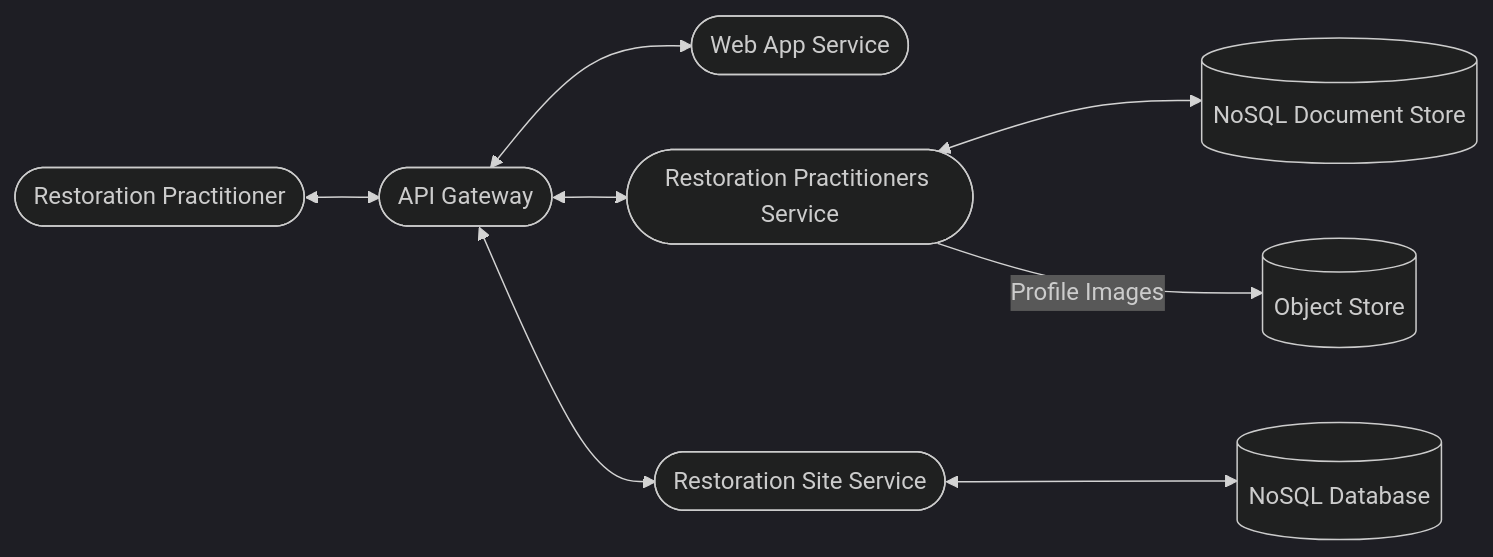
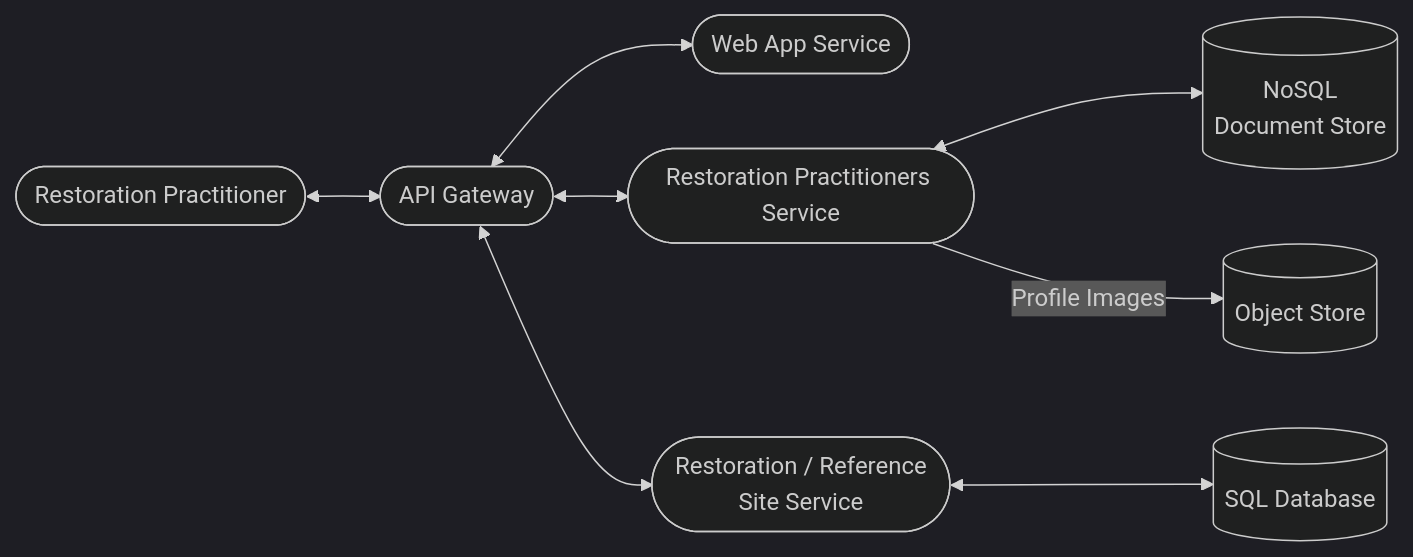
Before and after one commit to maulikdave-fh/bdi: the fourth of 4 diagrams in README.md, drawn with Mermaid (dark theme).

````diff
--- a/README.md
+++ b/README.md
@@ -125,10 +125,10 @@
 ```mermaid
     flowchart LR
         RP([Restoration Practitioner]) <--> APIGateway([API Gateway])
         APIGateway <--> WebApp([Web App Service])
         APIGateway <--> RPS([Restoration Practitioners Service])
-        RPS <--> RPSSQL[(NoSQL Document Store)]
+        RPS <--> RPSSQL[(NoSQL<br/> Document Store)]
         RPS --> |Profile Images| ObjStore[(Object Store)]
-        APIGateway <--> RestorationSite([Restoration Site Service])
-        RestorationSite <--> RSSSQL[(NoSQL Database)]
+        APIGateway <--> Site([Restoration / Reference<br/> Site Service])
+        Site <--> RSSSQL[(SQL Database)]
 ```
````
